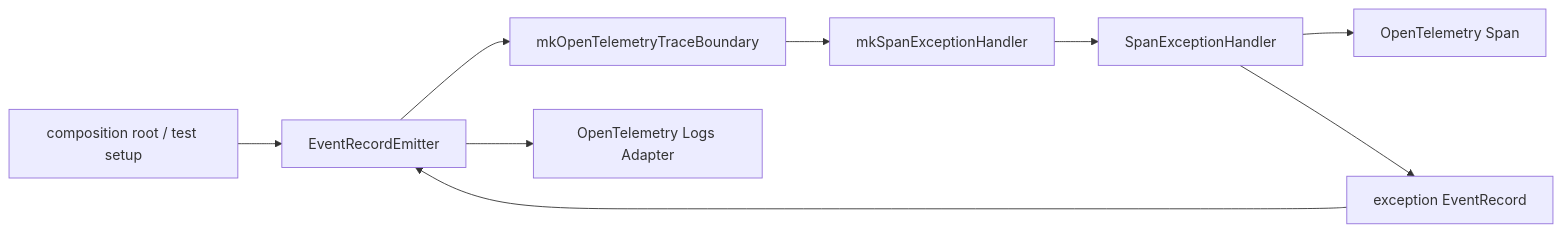
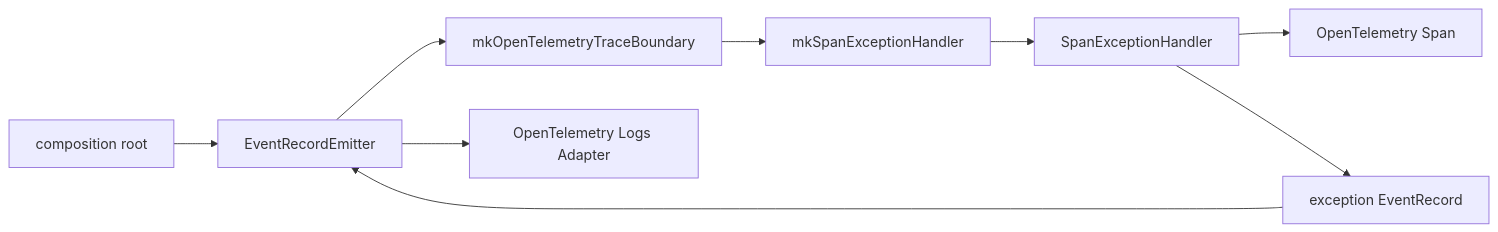
Before and after one commit to takashit16833/Workbench: the third of 3 diagrams in Notes/RAGScope/RAGScopeアプリケーション/RAGScopeアプリケーション Haskellライブラリ・モジュールマップ.md, drawn with Mermaid. The commit also changed other lines of this file, not shown here.

````diff
--- a/Notes/RAGScope/RAGScopeアプリケーション/RAGScopeアプリケーション Haskellライブラリ・モジュールマップ.md
+++ b/Notes/RAGScope/RAGScopeアプリケーション/RAGScopeアプリケーション Haskellライブラリ・モジュールマップ.md
@@ -86,20 +81,20 @@
 ```mermaid
 flowchart LR
-  caller["composition root / test setup"]
+  caller["composition root"]
   emitter["EventRecordEmitter"]
   mkTrace["mkOpenTelemetryTraceBoundary"]
   mkHandler["mkSpanExceptionHandler"]
   handler["SpanExceptionHandler"]
   span["OpenTelemetry Span"]
   event["exception EventRecord"]
   logs["OpenTelemetry Logs Adapter"]
 
   caller --> emitter
   emitter --> mkTrace
   mkTrace --> mkHandler
   mkHandler --> handler
   handler --> span
   handler --> event
   event --> emitter
   emitter --> logs
 ```
````
